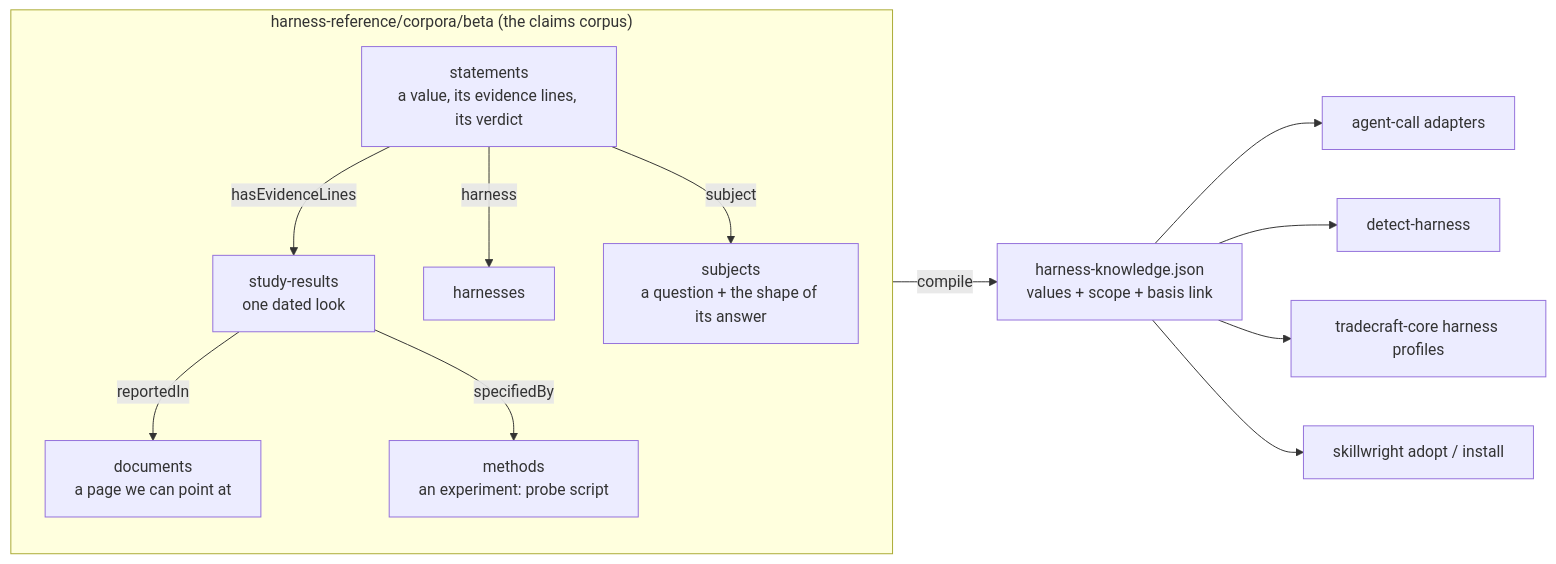
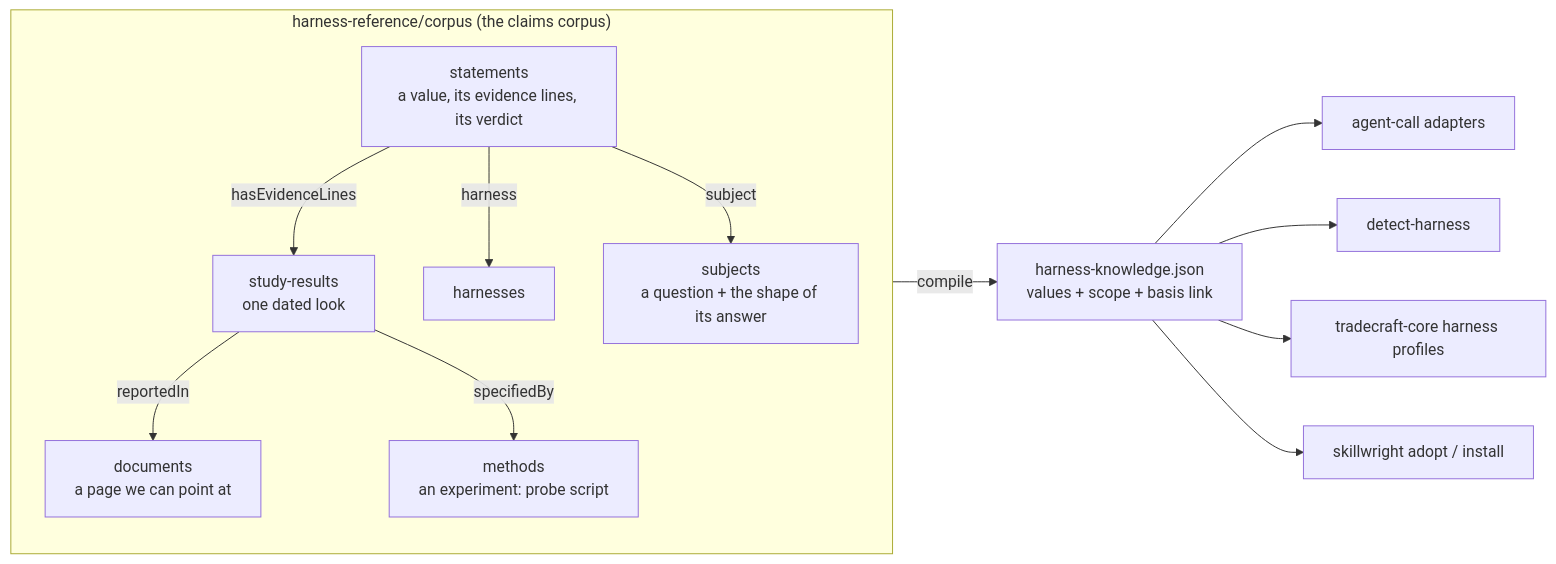
One commit to osdlc/skillwright changed the diagram in docs/planning/harness-knowledge.md. Above: the diagram before and after it, drawn with Mermaid. The commit also changed other lines of this file and 3172 other files, not shown here.

First line of the commit message:
harness-reference: one research corpus (#119)

````diff
--- a/docs/planning/harness-knowledge.md
+++ b/docs/planning/harness-knowledge.md
@@ -48,21 +45,21 @@
 ```mermaid
 flowchart LR
-  subgraph corpus["harness-reference/corpora/beta (the claims corpus)"]
+  subgraph corpus["harness-reference/corpus (the claims corpus)"]
     D[documents<br/>a page we can point at]
     M[methods<br/>an experiment: probe script]
     S[study-results<br/>one dated look]
     ST[statements<br/>a value, its evidence lines, its verdict]
     H[harnesses]
     SU[subjects<br/>a question + the shape of its answer]
     S -- reportedIn --> D
     S -- specifiedBy --> M
     ST -- hasEvidenceLines --> S
     ST -- harness --> H
     ST -- subject --> SU
   end
   corpus -- compile --> K[harness-knowledge.json<br/>values + scope + basis link]
   K --> AC[agent-call adapters]
   K --> DH[detect-harness]
   K --> TC[tradecraft-core harness profiles]
   K --> AD[skillwright adopt / install]
 ```
````
